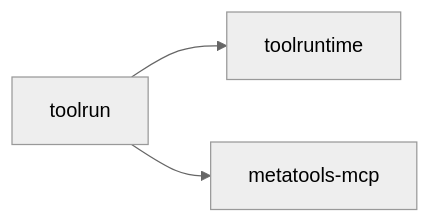
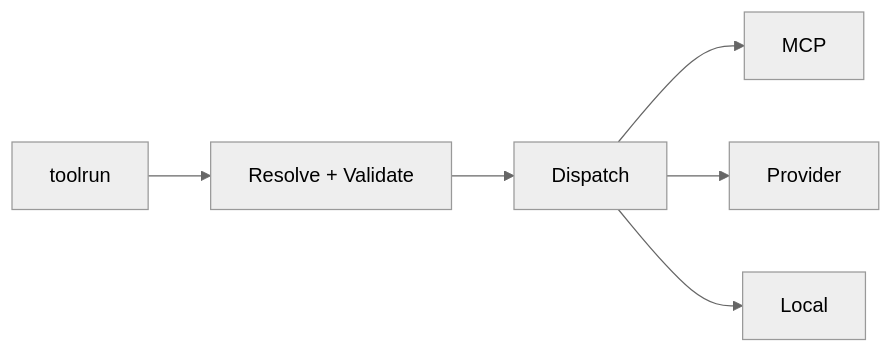
Before and after one commit to jonwraymond/ai-tools-stack: the diagram in docs/components/toolrun.md, drawn with Mermaid (neutral theme). The commit also changed other lines of this file and 12 other files, not shown here.

````diff
--- a/docs/components/toolrun.md
+++ b/docs/components/toolrun.md
@@ -21,5 +29,8 @@
 ```mermaid
 flowchart LR
-  A[toolrun] --> B[toolruntime]
-  A --> C[metatools-mcp]
+  A[toolrun] --> B[Resolve + Validate]
+  B --> C[Dispatch]
+  C --> D[MCP]
+  C --> E[Provider]
+  C --> F[Local]
 ```
````
